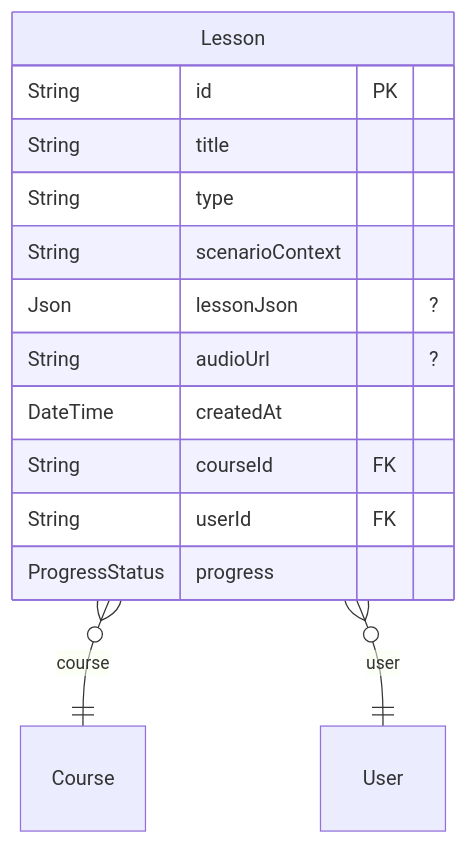
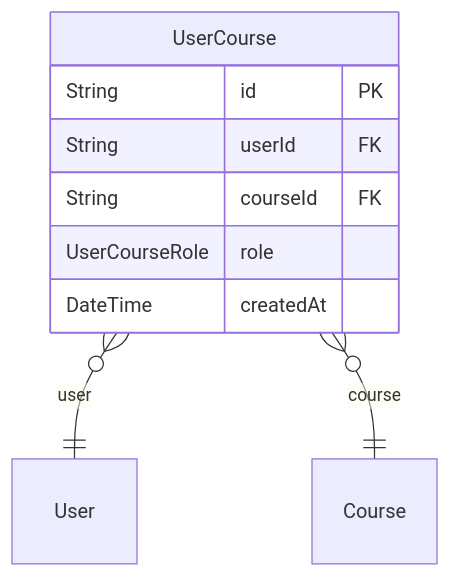
Before and after one commit to HamedMP/LangPod: the fourth of 5 diagrams in schema.md, drawn with Mermaid. The commit also changed other lines of this file and 22 other files, not shown here.

Commit message:
Refactor data model to introduce UserCourse and simplify course-user relationships

````diff
--- a/schema.md
+++ b/schema.md
@@ -89,19 +90,14 @@
 ```mermaid
 erDiagram
-"Lesson" {
-  String id PK 
-  String title  
-  String type  
-  String scenarioContext  
-  Json lessonJson  "?"
-  String audioUrl  "?"
-  DateTime createdAt  
-  String courseId FK 
-  String userId FK 
-  ProgressStatus progress  
+"UserCourse" {
+  String id PK
+  String userId FK
+  String courseId FK
+  UserCourseRole role
+  DateTime createdAt
 }
 
-"Lesson" }o--|| "Course": course
-"Lesson" }o--|| "User": user
+"UserCourse" }o--|| "User": user
+"UserCourse" }o--|| "Course": course
 
 ```
````
